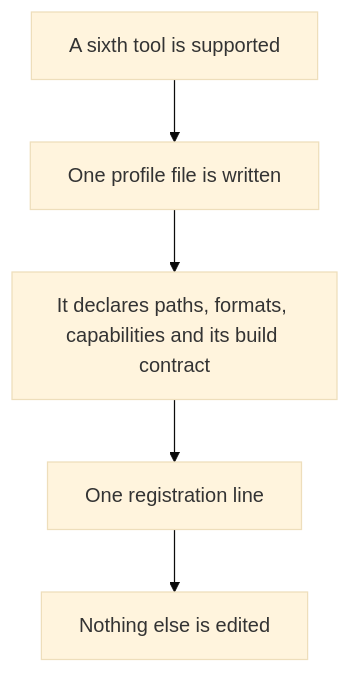
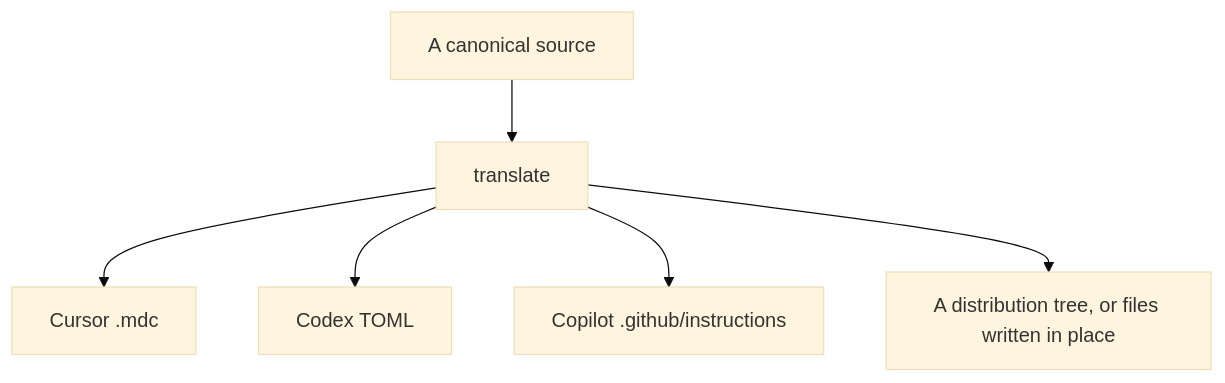
Before and after one commit to ai-driven-dev/aidd-framework: the first of 2 diagrams in cli/aidd_docs/tasks/2026_08/2026_08_20_refactor-contextes-cli/phase-10.md, drawn with Mermaid (base theme). The commit also changed other lines of this file and 17 other files, not shown here.

````diff
--- a/cli/aidd_docs/tasks/2026_08/2026_08_20_refactor-contextes-cli/phase-10.md
+++ b/cli/aidd_docs/tasks/2026_08/2026_08_20_refactor-contextes-cli/phase-10.md
@@ -40,7 +35,8 @@
 ```mermaid
 flowchart TD
-  A[A sixth tool is supported] --> B[One profile file is written]
-  B --> C[It declares paths, formats, capabilities and its build contract]
-  C --> D[One registration line]
-  D --> E[Nothing else is edited]
+  A[A canonical source] --> B[translate]
+  B --> C[Cursor .mdc]
+  B --> D[Codex TOML]
+  B --> E[Copilot .github/instructions]
+  B --> F[A distribution tree, or files written in place]
 ```
````
